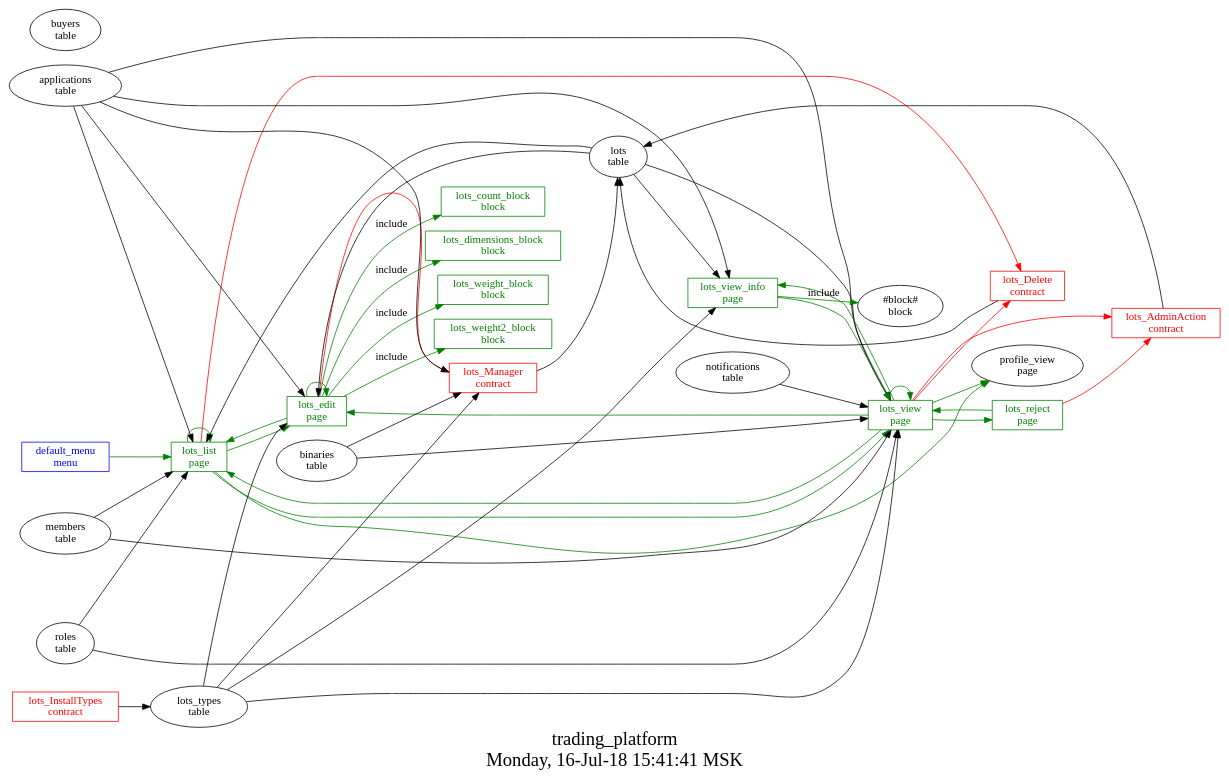
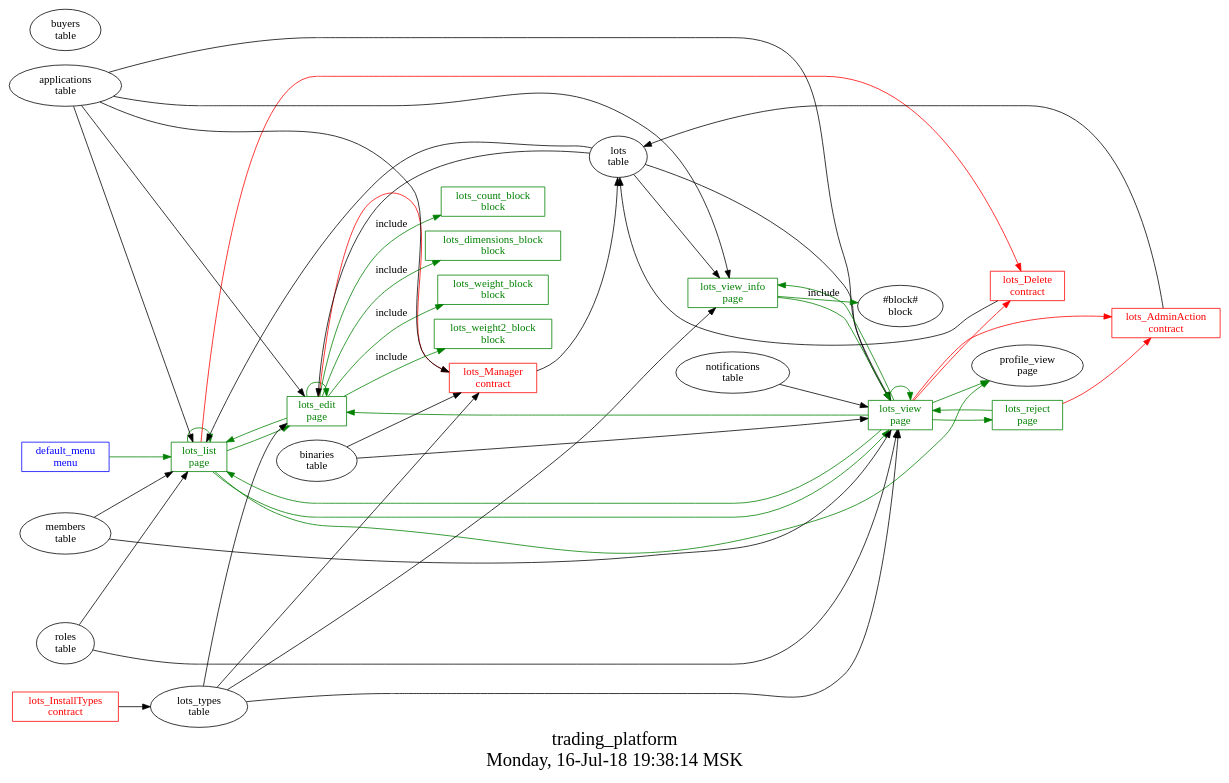
One commit to AplaProject/apps changed the diagram in src/trading_platform/struct.dot. Above: the diagram before and after it, drawn with Graphviz. The commit also changed 1 other file, not shown here.

```diff
--- a/src/trading_platform/struct.dot
+++ b/src/trading_platform/struct.dot
@@ -1,76 +1,76 @@
 digraph G {
 graph [
   fontsize="24";
-  label="trading_platform\nMonday, 16-Jul-18 15:41:41 MSK";
+  label="trading_platform\nMonday, 16-Jul-18 19:38:14 MSK";
   nojustify=true;
   ordering=out;
   rankdir=LR;
   size="30";
 ];
 "default_menu\nmenu" -> "lots_list\npage"  [ color=green ]
 "default_menu\nmenu" [color=blue, fontcolor=blue, group=menus, shape=record];
 "lots_edit\npage" -> "lots_Manager\ncontract"  [ color=red ]
 "applications\ntable" -> "lots_edit\npage"
 "lots\ntable" -> "lots_edit\npage"
 "lots_types\ntable" -> "lots_edit\npage"
 "lots_edit\npage" -> "lots_list\npage"  [ color=green ]
 "lots_edit\npage" -> "lots_edit\npage"  [ color=green ]
 "lots_edit\npage" -> "lots_count_block\nblock"  [ color=green, label=include ]
 "lots_edit\npage" -> "lots_dimensions_block\nblock"  [ color=green, label=include ]
 "lots_edit\npage" -> "lots_weight_block\nblock"  [ color=green, label=include ]
 "lots_edit\npage" -> "lots_weight2_block\nblock"  [ color=green, label=include ]
 "lots_edit\npage" [color=green, fontcolor=green, group=pages, shape=record];
 "lots_list\npage" -> "lots_Delete\ncontract"  [ color=red ]
 "applications\ntable" -> "lots_list\npage"
 "roles\ntable" -> "lots_list\npage"
 "lots\ntable" -> "lots_list\npage"
 "members\ntable" -> "lots_list\npage"
 "lots_list\npage" -> "lots_edit\npage"  [ color=green ]
 "lots_list\npage" -> "lots_list\npage"  [ color=green ]
 "lots_list\npage" -> "lots_view\npage"  [ color=green ]
 "lots_list\npage" -> "profile_view\npage"  [ color=green ]
 "lots_list\npage" [color=green, fontcolor=green, group=pages, shape=record];
 "lots_reject\npage" -> "lots_AdminAction\ncontract"  [ color=red ]
 "lots_reject\npage" -> "lots_view\npage"  [ color=green ]
 "lots_reject\npage" [color=green, fontcolor=green, group=pages, shape=record];
 "lots_view\npage" -> "lots_AdminAction\ncontract"  [ color=red ]
 "lots_view\npage" -> "lots_Delete\ncontract"  [ color=red ]
 "notifications\ntable" -> "lots_view\npage"
 "applications\ntable" -> "lots_view\npage"
 "lots\ntable" -> "lots_view\npage"
 "lots_types\ntable" -> "lots_view\npage"
 "roles\ntable" -> "lots_view\npage"
 "members\ntable" -> "lots_view\npage"
 "binaries\ntable" -> "lots_view\npage"
 "lots_view\npage" -> "profile_view\npage"  [ color=green ]
 "lots_view\npage" -> "lots_reject\npage"  [ color=green ]
 "lots_view\npage" -> "lots_view\npage"  [ color=green ]
 "lots_view\npage" -> "lots_view_info\npage"  [ color=green ]
 "lots_view\npage" -> "lots_list\npage"  [ color=green ]
 "lots_view\npage" -> "lots_edit\npage"  [ color=green ]
 "lots_view\npage" [color=green, fontcolor=green, group=pages, shape=record];
 "applications\ntable" -> "lots_view_info\npage"
 "lots\ntable" -> "lots_view_info\npage"
 "lots_types\ntable" -> "lots_view_info\npage"
 "lots_view_info\npage" -> "lots_view\npage"  [ color=green ]
 "lots_view_info\npage" -> "#block#\nblock"  [ color=green, label=include ]
 "lots_view_info\npage" [color=green, fontcolor=green, group=pages, shape=record];
 "lots_count_block\nblock" [color=green, fontcolor=green, group=blocks, shape=record];
 "lots_dimensions_block\nblock" [color=green, fontcolor=green, group=blocks, shape=record];
 "lots_weight2_block\nblock" [color=green, fontcolor=green, group=blocks, shape=record];
 "lots_weight_block\nblock" [color=green, fontcolor=green, group=blocks, shape=record];
 "lots_AdminAction\ncontract" -> "lots\ntable"  [ color="" ]
 "lots_AdminAction\ncontract" [color=red, fontcolor=red, group=contracts, shape=record];
 "lots_Delete\ncontract" -> "lots\ntable"  [ color="" ]
 "lots_Delete\ncontract" [color=red, fontcolor=red, group=contracts, shape=record];
 "lots_InstallTypes\ncontract" -> "lots_types\ntable"  [ color="" ]
 "lots_InstallTypes\ncontract" [color=red, fontcolor=red, group=contracts, shape=record];
 "lots_Manager\ncontract" -> "lots\ntable"  [ color="" ]
 "lots_types\ntable" -> "lots_Manager\ncontract"
 "applications\ntable" -> "lots_Manager\ncontract"
 "binaries\ntable" -> "lots_Manager\ncontract"
 "lots_Manager\ncontract" [color=red, fontcolor=red, group=contracts, shape=record];
 "buyers\ntable" [color="", fontcolor="", group=tables, shape=""];
 "lots\ntable" [color="", fontcolor="", group=tables, shape=""];
 "lots_types\ntable" [color="", fontcolor="", group=tables, shape=""];
 }
```
